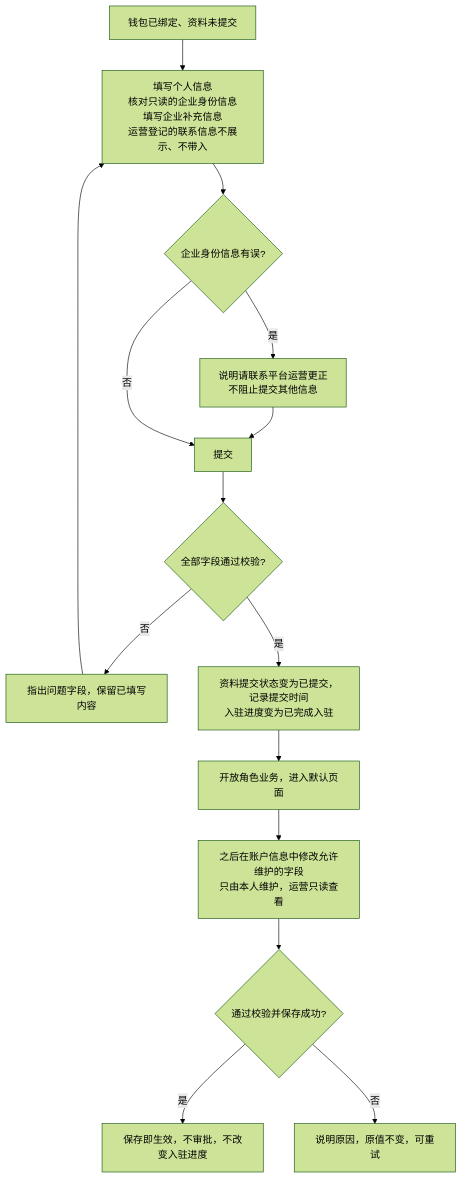
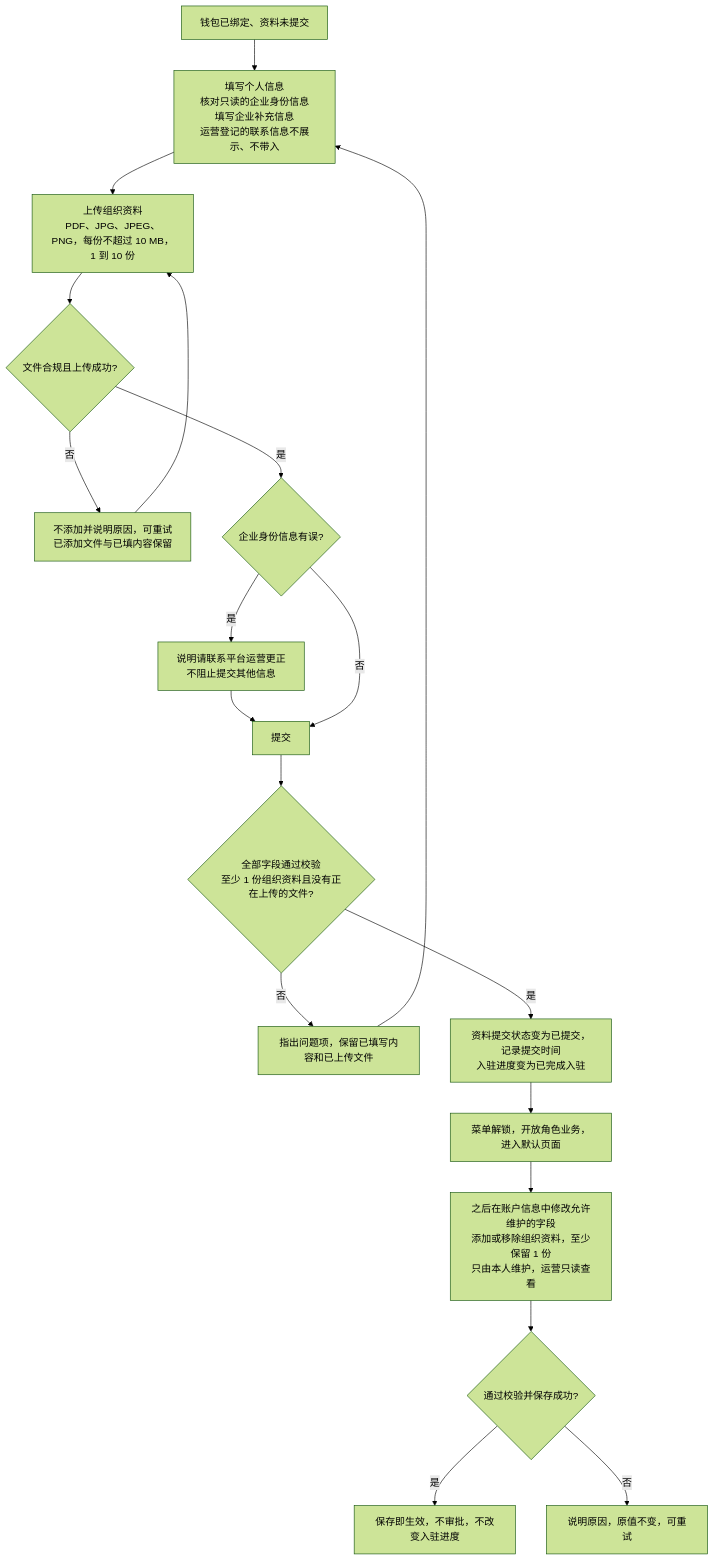
Before and after one commit to wxblockchain/Chain-Financing: the fourth of 11 diagrams in asset-trust-platform/PRD/企业端/M1-企业登录与首次入驻/02-企业登录与首次入驻-流程图与状态机.md, drawn with Mermaid (forest theme). The commit also changed other lines of this file and 4 other files, not shown here.

````diff
--- a/asset-trust-platform/PRD/企业端/M1-企业登录与首次入驻/02-企业登录与首次入驻-流程图与状态机.md
+++ b/asset-trust-platform/PRD/企业端/M1-企业登录与首次入驻/02-企业登录与首次入驻-流程图与状态机.md
@@ -137,17 +141,21 @@
 ```mermaid
 flowchart TD
     A[钱包已绑定、资料未提交] --> B[填写个人信息<br/>核对只读的企业身份信息<br/>填写企业补充信息<br/>运营登记的联系信息不展示、不带入]
-    B --> B1{企业身份信息有误?}
+    B --> U[上传组织资料<br/>PDF、JPG、JPEG、PNG，每份不超过 10 MB，1 到 10 份]
+    U --> U1{文件合规且上传成功?}
+    U1 -->|否| U2[不添加并说明原因，可重试<br/>已添加文件与已填内容保留]
+    U2 --> U
+    U1 -->|是| B1{企业身份信息有误?}
     B1 -->|是| B2[说明请联系平台运营更正<br/>不阻止提交其他信息]
     B2 --> C
     B1 -->|否| C[提交]
-    C --> D{全部字段通过校验?}
-    D -->|否| D1[指出问题字段，保留已填写内容]
+    C --> D{全部字段通过校验<br/>至少 1 份组织资料且没有正在上传的文件?}
+    D -->|否| D1[指出问题项，保留已填写内容和已上传文件]
     D1 --> B
     D -->|是| F[资料提交状态变为已提交，记录提交时间<br/>入驻进度变为已完成入驻]
-    F --> G[开放角色业务，进入默认页面]
-    G --> H[之后在账户信息中修改允许维护的字段<br/>只由本人维护，运营只读查看]
+    F --> G[菜单解锁，开放角色业务，进入默认页面]
+    G --> H[之后在账户信息中修改允许维护的字段<br/>添加或移除组织资料，至少保留 1 份<br/>只由本人维护，运营只读查看]
     H --> I{通过校验并保存成功?}
     I -->|是| J[保存即生效，不审批，不改变入驻进度]
     I -->|否| K[说明原因，原值不变，可重试]
 ```
````
